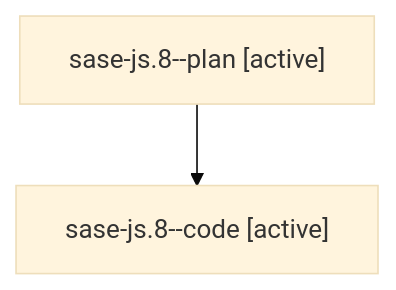
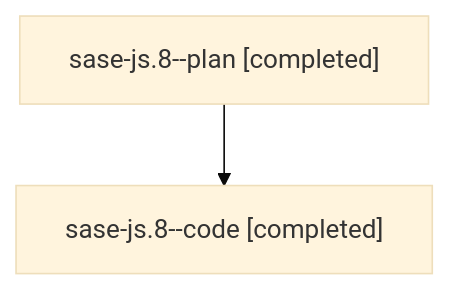
The diagram in families/bbugyi200.athena.sase-js.8.md (sase-org/sase--agents), drawn with Mermaid (base theme) before and after one commit. The commit also changed other lines of this file and 70 other files, not shown here.

````diff
--- a/families/bbugyi200.athena.sase-js.8.md
+++ b/families/bbugyi200.athena.sase-js.8.md
@@ -9,6 +9,6 @@
 ```mermaid
 flowchart TD
-  n0["sase-js.8--plan [active]"]
-  n1["sase-js.8--code [active]"]
+  n0["sase-js.8--plan [completed]"]
+  n1["sase-js.8--code [completed]"]
   n0 --> n1
 ```
````
